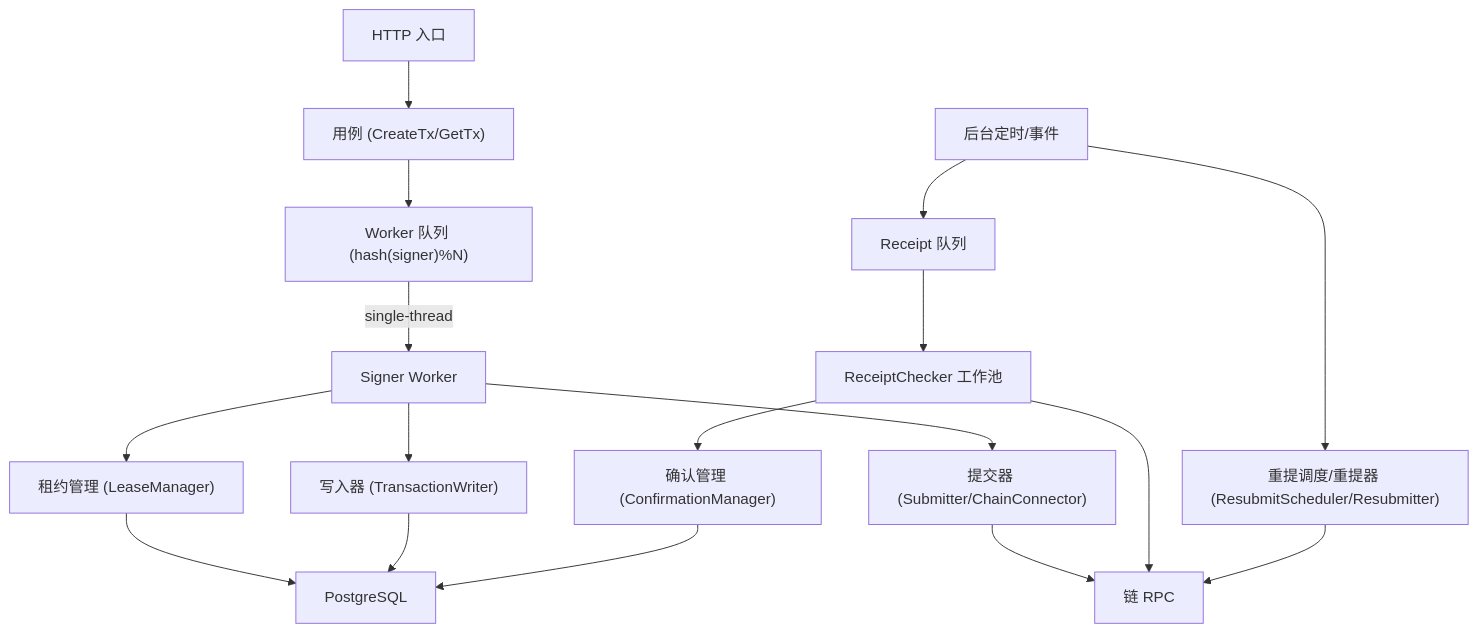
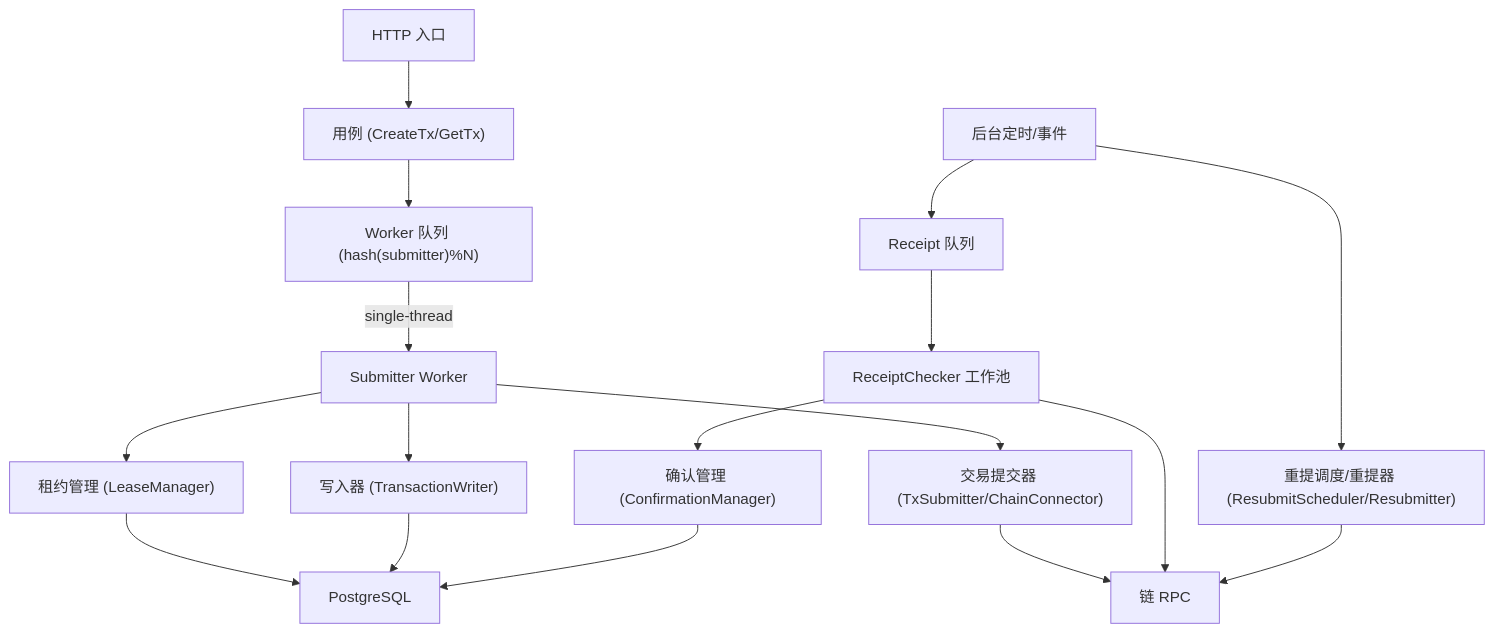
The second of 10 diagrams in 详细设计2.md (cedardinh/nonce-upgraded), drawn with Mermaid before and after one commit. The commit also changed other lines of this file and 3 other files, not shown here.

````diff
--- a/详细设计2.md
+++ b/详细设计2.md
@@ -92,22 +127,22 @@
 ```mermaid
 flowchart TD
   In["HTTP 入口"] --> UC["用例 (CreateTx/GetTx)"]
-  UC --> WQ["Worker 队列 (hash(signer)%N)"]
-  WQ -->|single-thread| W["Signer Worker"]
+  UC --> WQ["Worker 队列 (hash(submitter)%N)"]
+  WQ -->|single-thread| W["Submitter Worker"]
 
   W --> LM["租约管理 (LeaseManager)"]
   W --> TW["写入器 (TransactionWriter)"]
-  W --> SUB["提交器 (Submitter/ChainConnector)"]
+  W --> SUB["交易提交器 (TxSubmitter/ChainConnector)"]
 
   BG["后台定时/事件"] --> RCQ["Receipt 队列"]
   RCQ --> RC["ReceiptChecker 工作池"]
   RC --> CM["确认管理 (ConfirmationManager)"]
   BG --> RS["重提调度/重提器 (ResubmitScheduler/Resubmitter)"]
 
   LM --> PG["PostgreSQL"]
   TW --> PG
   CM --> PG
   SUB --> RPC["链 RPC"]
   RC --> RPC
   RS --> RPC
 ```
````
